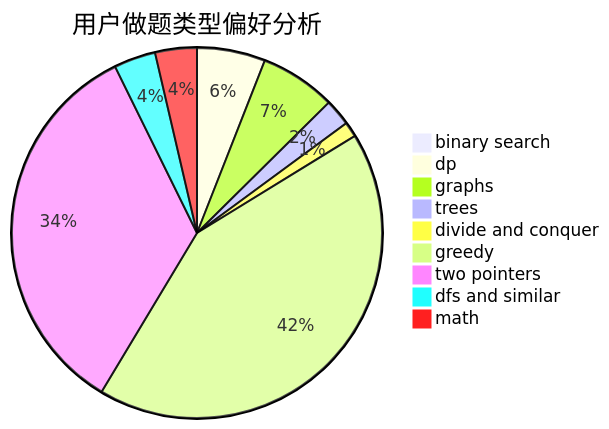
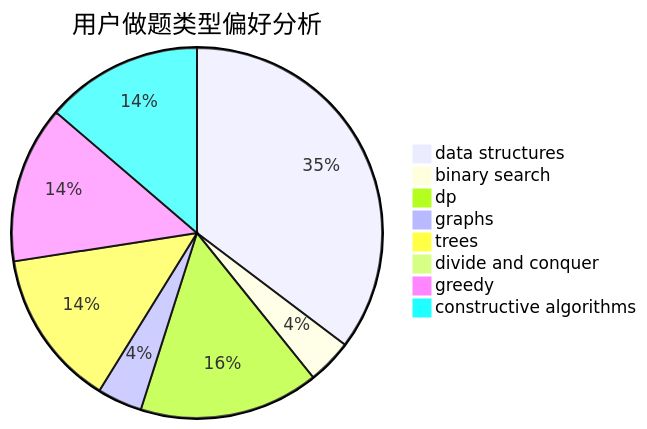
Before and after one commit to sherpahu/cfrs.github.io: the second of 3 diagrams in docs/user/u1774.md, drawn with Mermaid. The commit also changed other lines of this file and 2775 other files, not shown here.

````diff
--- a/docs/user/u1774.md
+++ b/docs/user/u1774.md
@@ -23,12 +23,11 @@
 ```mermaid
 pie title 用户做题类型偏好分析
+    "data structures" :  18
     "binary search" :  2
-    "dp" :  18
-    "graphs" :  20
+    "dp" :  8
+    "graphs" :  2
     "trees" :  7
-    "divide and conquer" :  4
-    "greedy" :  128
-    "two pointers" :  103
-    "dfs and similar" :  11
-    "math" :  11
+    "divide and conquer" :  0
+    "greedy" :  7
+    "constructive algorithms" :  7
 ```
````
